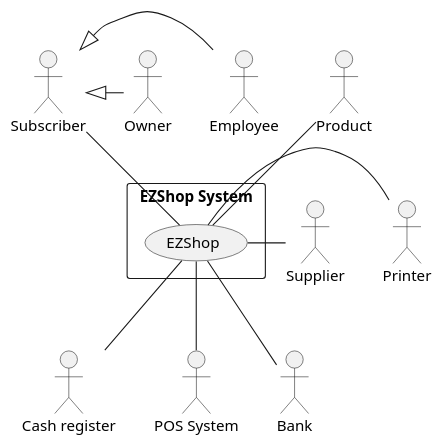
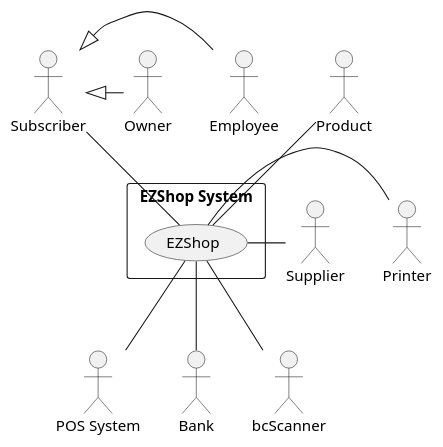
Before and after one commit to nicolabattaglino/ezshop: the first of 7 diagrams in Deliverables/RequirementsDocument.md, drawn with PlantUML. The commit also changed other lines of this file, not shown here.

Commit message:
removed barcode reader frrom he context diagram

````diff
--- a/Deliverables/RequirementsDocument.md
+++ b/Deliverables/RequirementsDocument.md
@@ -59,31 +59,30 @@
 ```plantuml
 @startuml
 
 
 actor Printer 
 actor Owner
-actor :Cash register: as bcScanner
 actor Product
 actor Subscriber
 actor Employee
 actor :POS System: as POSSystem
 actor :Supplier: as supplier
 actor Bank
 
 rectangle "EZShop System" as EZShopSystem{
 (EZShop)
 }
 Subscriber <|- Employee
 Subscriber <|- Owner
 Product -- EZShop
 EZShop -- POSSystem
 EZShop - supplier
 EZShop -- Bank
 Subscriber -- EZShop
 EZShop -- bcScanner
 EZShop - Printer
 
 
 
 @enduml
 ```
````
